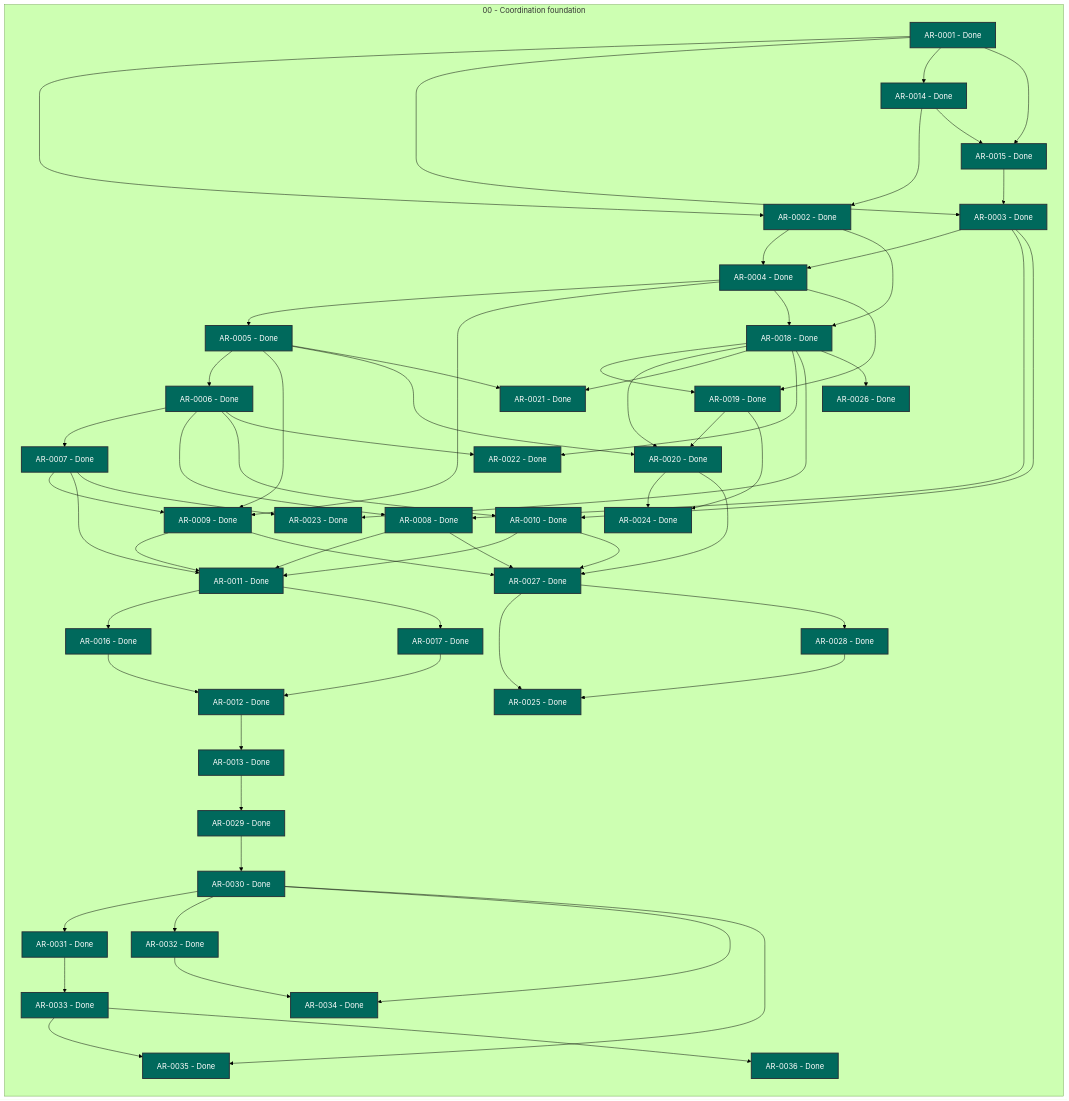
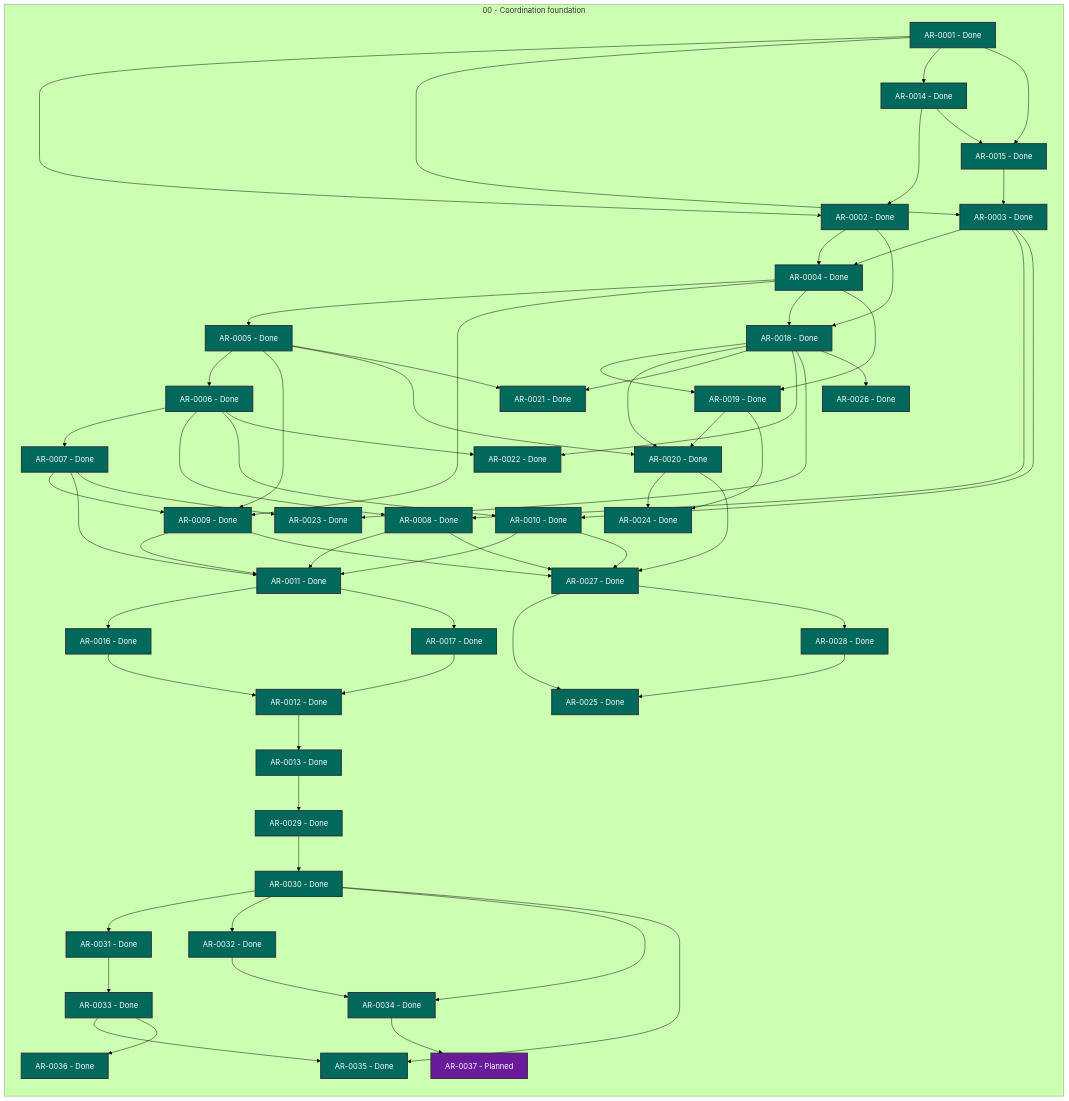
The diagram in STATUS.md (martin-beck/agent-workflow-tui-state), drawn with Mermaid (forest theme) before and after one commit. The commit also changed other lines of this file and 2 other files, not shown here.

```diff
--- a/STATUS.md
+++ b/STATUS.md
@@ -64,6 +64,7 @@
         AR_0034["AR-0034 - Done"]:::status_done
         AR_0035["AR-0035 - Done"]:::status_done
         AR_0036["AR-0036 - Done"]:::status_done
+        AR_0037["AR-0037 - Planned"]:::status_planned
     end
     AR_0001 --> AR_0002
     AR_0001 --> AR_0003
@@ -126,6 +127,7 @@
     AR_0032 --> AR_0034
     AR_0033 --> AR_0035
     AR_0033 --> AR_0036
+    AR_0034 --> AR_0037
     classDef status_in_progress fill:#1565c0,color:#ffffff,stroke:#263238,stroke-width:2px
     classDef status_open fill:#2e7d32,color:#ffffff,stroke:#263238,stroke-width:2px
     classDef status_blocked fill:#c62828,color:#ffffff,stroke:#263238,stroke-width:2px
```
